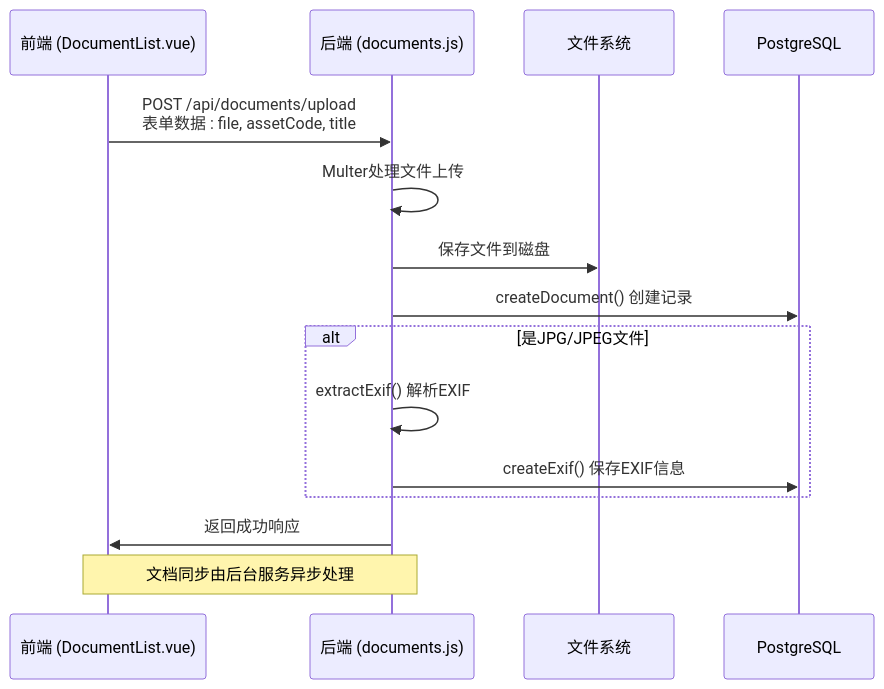
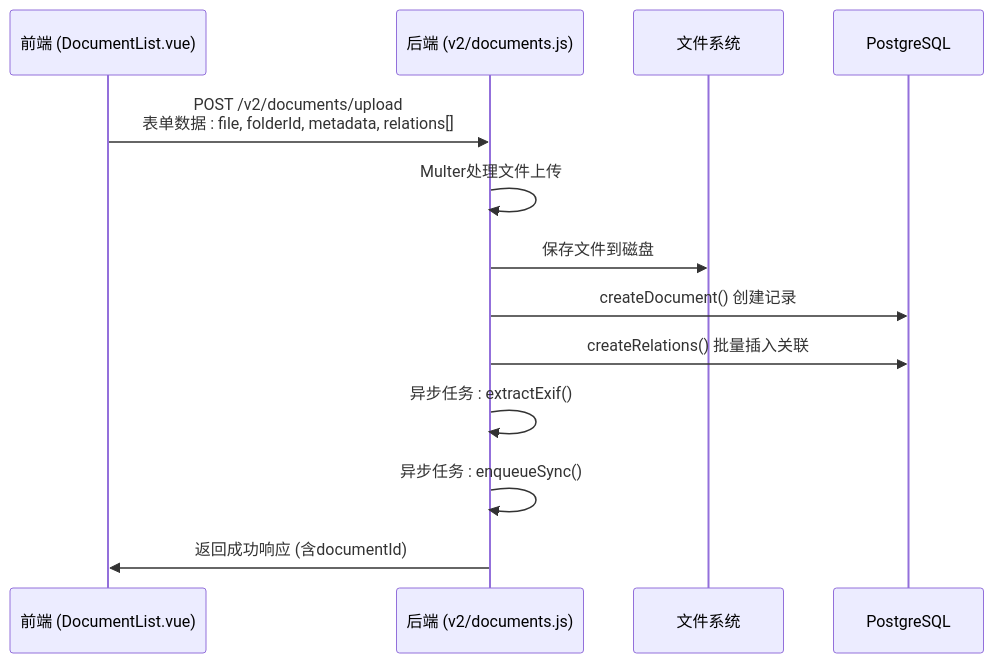
One commit to ideeinfo/TwinSight changed the first of 3 diagrams in .qoder/repowiki/zh/content/核心功能模块/文档管理.md. Above: the diagram before and after it, drawn with Mermaid. The commit also changed other lines of this file and 7 other files, not shown here.

````diff
--- a/.qoder/repowiki/zh/content/核心功能模块/文档管理.md
+++ b/.qoder/repowiki/zh/content/核心功能模块/文档管理.md
@@ -56,17 +58,15 @@
 ```mermaid
 sequenceDiagram
 participant 前端 as 前端 (DocumentList.vue)
-participant 后端 as 后端 (documents.js)
+participant 后端 as 后端 (v2/documents.js)
 participant 存储 as 文件系统
 participant 数据库 as PostgreSQL
-前端->>后端 : POST /api/documents/upload<br/>表单数据 : file, assetCode, title
+前端->>后端 : POST /v2/documents/upload<br/>表单数据 : file, folderId, metadata, relations[]
 后端->>后端 : Multer处理文件上传
 后端->>存储 : 保存文件到磁盘
 后端->>数据库 : createDocument() 创建记录
-alt 是JPG/JPEG文件
-后端->>后端 : extractExif() 解析EXIF
-后端->>数据库 : createExif() 保存EXIF信息
-end
-后端->>前端 : 返回成功响应
-Note over 后端,前端 : 文档同步由后台服务异步处理
+后端->>数据库 : createRelations() 批量插入关联
+后端->>后端 : 异步任务 : extractExif()
+后端->>后端 : 异步任务 : enqueueSync()
+后端->>前端 : 返回成功响应 (含documentId)
 ```
````
